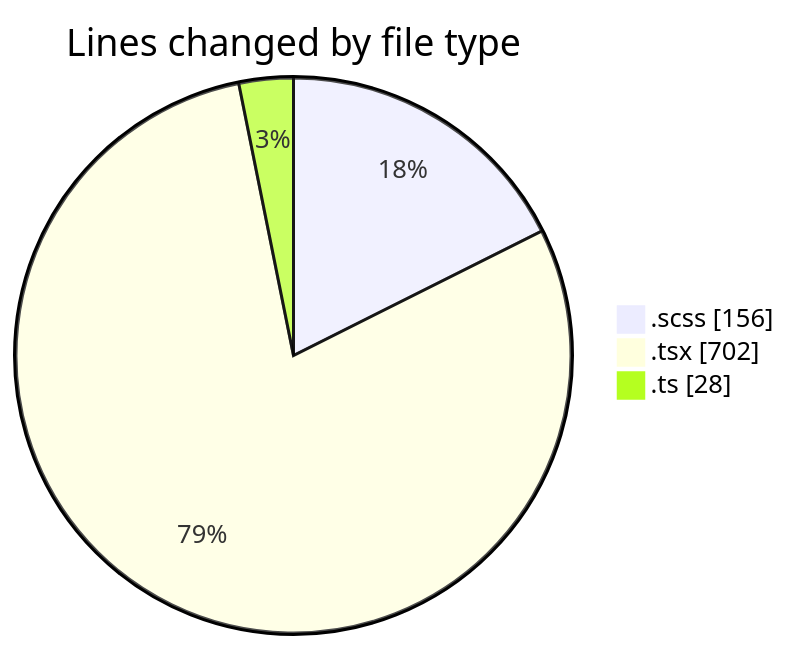
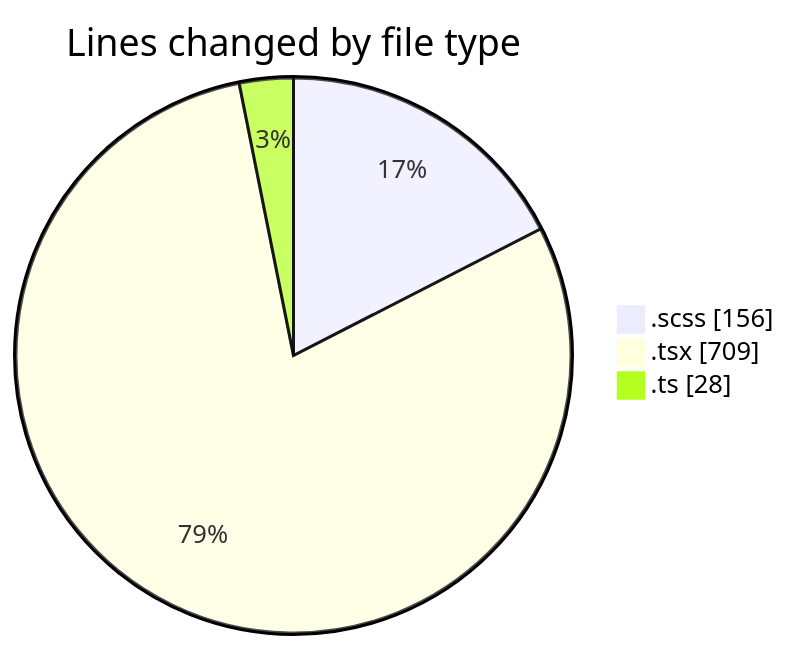
Before and after one commit to momahboobian/code-tracking: the first of 2 diagrams in 2025-02-10/cda/README.md, drawn with Mermaid. The commit also changed other lines of this file and 1 other file, not shown here.

````diff
--- a/2025-02-10/cda/README.md
+++ b/2025-02-10/cda/README.md
@@ -25,7 +25,7 @@
 ```mermaid
 pie showData
 title Lines changed by file type
 ".scss" : 156
-".tsx" : 702
+".tsx" : 709
 ".ts" : 28
 ```
````
